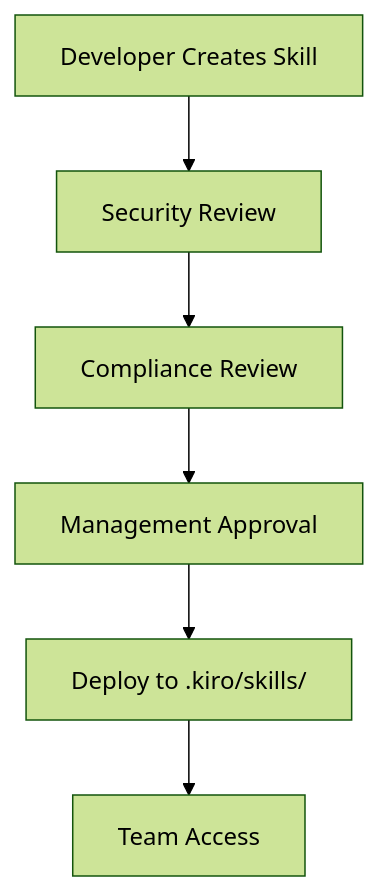
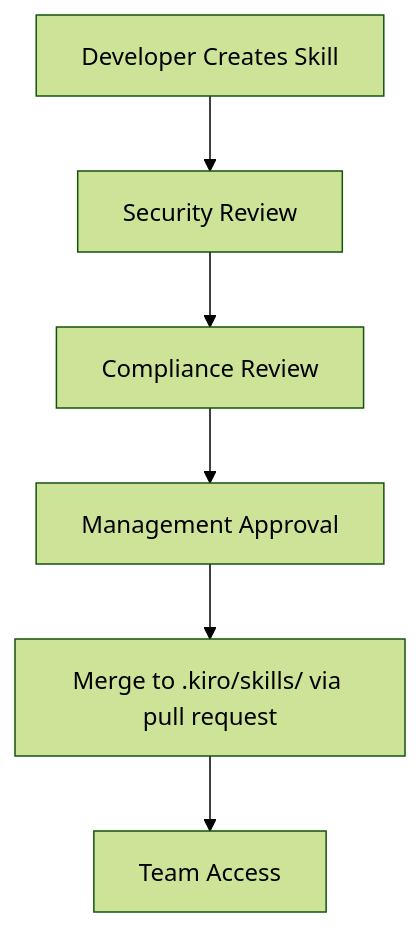
The diagram in Banking-Skills-Development-Guide.md (timwukp/kiro-banking-best-practices), drawn with Mermaid (forest theme) before and after one commit. The commit also changed other lines of this file and 11 other files, not shown here.

````diff
--- a/Banking-Skills-Development-Guide.md
+++ b/Banking-Skills-Development-Guide.md
@@ -451,8 +513,8 @@
 ```mermaid
 graph TD
     A[Developer Creates Skill] --> B[Security Review]
     B --> C[Compliance Review]
     C --> D[Management Approval]
-    D --> E[Deploy to .kiro/skills/]
+    D --> E[Merge to .kiro/skills/ via pull request]
     E --> F[Team Access]
 ```
````
